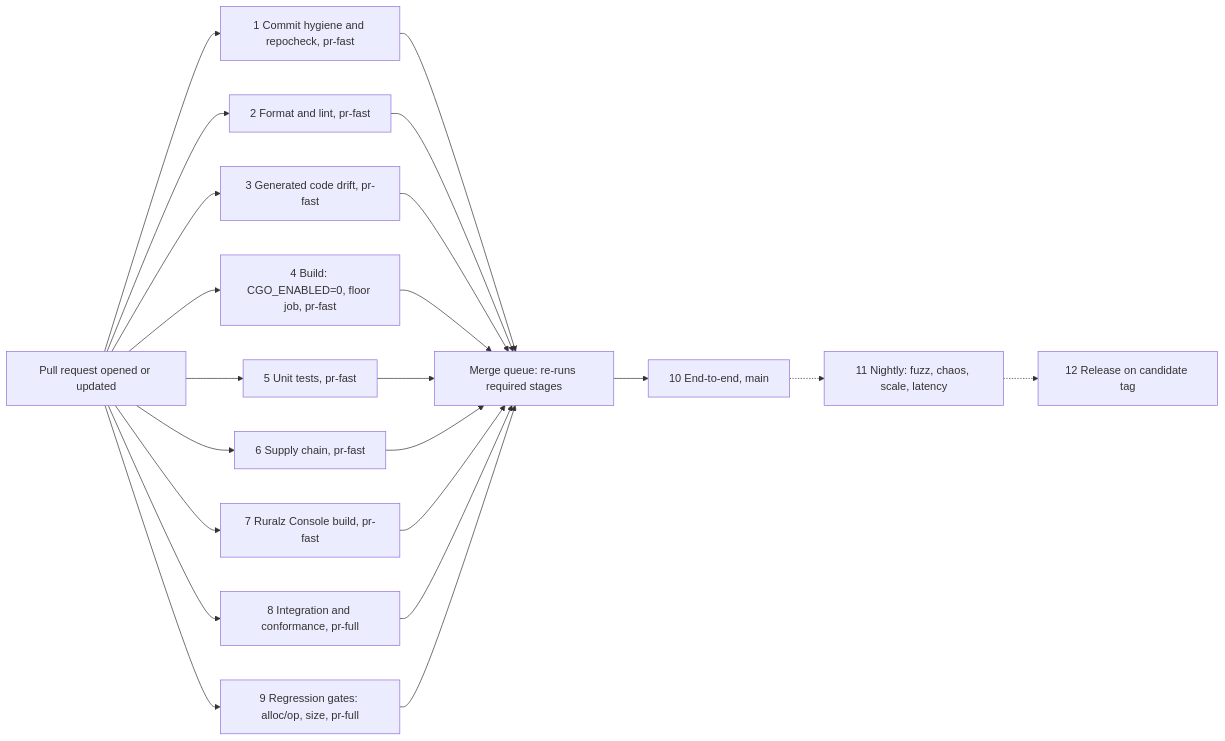
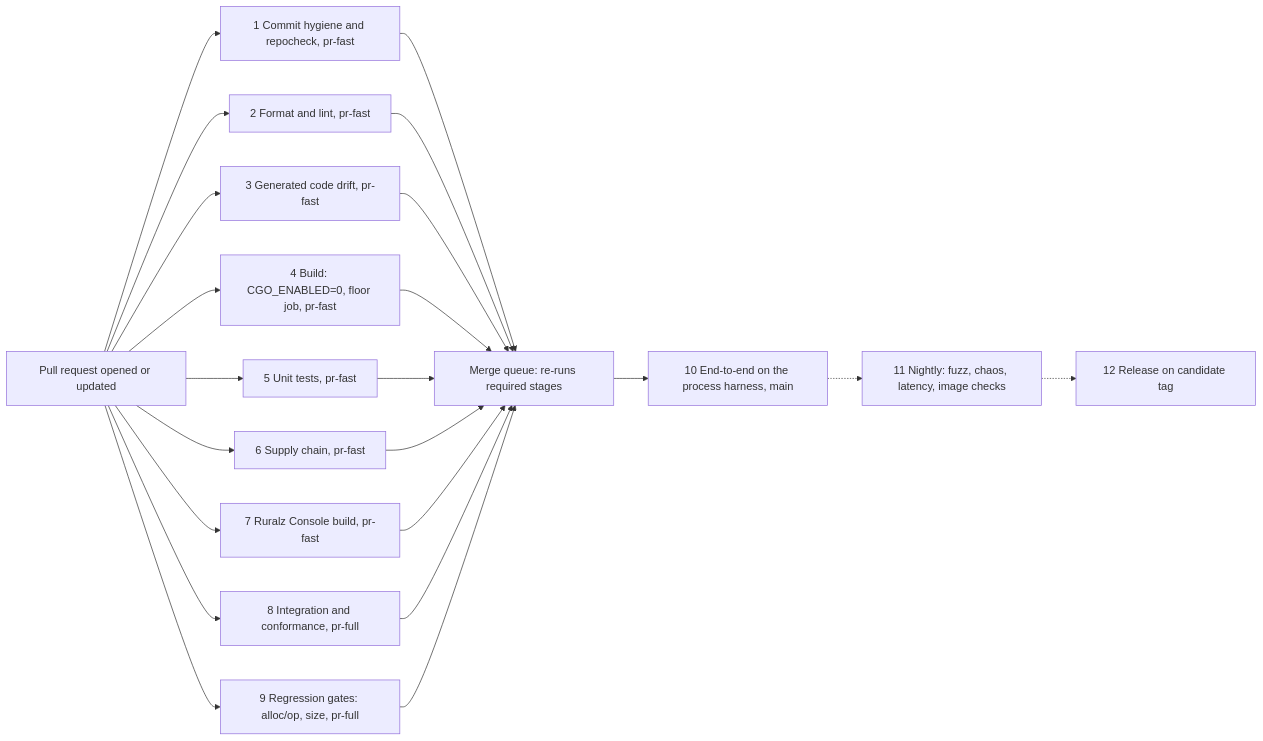
One commit to ravindu-rev/ruralz changed the third of 3 diagrams in docs/engineering/02-repository-layout-and-conventions.md. Above: the diagram before and after it, drawn with Mermaid. The commit also changed other lines of this file and 7 other files, not shown here.

````diff
--- a/docs/engineering/02-repository-layout-and-conventions.md
+++ b/docs/engineering/02-repository-layout-and-conventions.md
@@ -483,38 +540,38 @@
 ```mermaid
 flowchart LR
   pr["Pull request opened or updated"]
   s1["1 Commit hygiene and repocheck, pr-fast"]
   s2["2 Format and lint, pr-fast"]
   s3["3 Generated code drift, pr-fast"]
   s4["4 Build: CGO_ENABLED=0, floor job, pr-fast"]
   s5["5 Unit tests, pr-fast"]
   s6["6 Supply chain, pr-fast"]
   s7["7 Ruralz Console build, pr-fast"]
   s8["8 Integration and conformance, pr-full"]
   s9["9 Regression gates: alloc/op, size, pr-full"]
   mq["Merge queue: re-runs required stages"]
-  s10["10 End-to-end, main"]
-  s11["11 Nightly: fuzz, chaos, scale, latency"]
+  s10["10 End-to-end on the process harness, main"]
+  s11["11 Nightly: fuzz, chaos, latency, image checks"]
   s12["12 Release on candidate tag"]
   pr --> s1
   pr --> s2
   pr --> s3
   pr --> s4
   pr --> s5
   pr --> s6
   pr --> s7
   pr --> s8
   pr --> s9
   s1 --> mq
   s2 --> mq
   s3 --> mq
   s4 --> mq
   s5 --> mq
   s6 --> mq
   s7 --> mq
   s8 --> mq
   s9 --> mq
   mq --> s10
   s10 -.-> s11
   s11 -.-> s12
 ```
````
